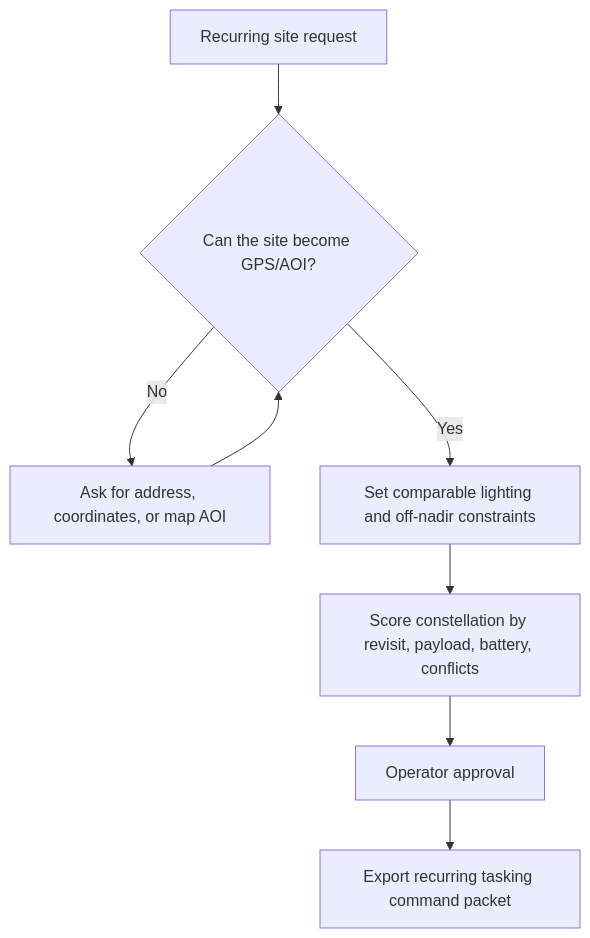
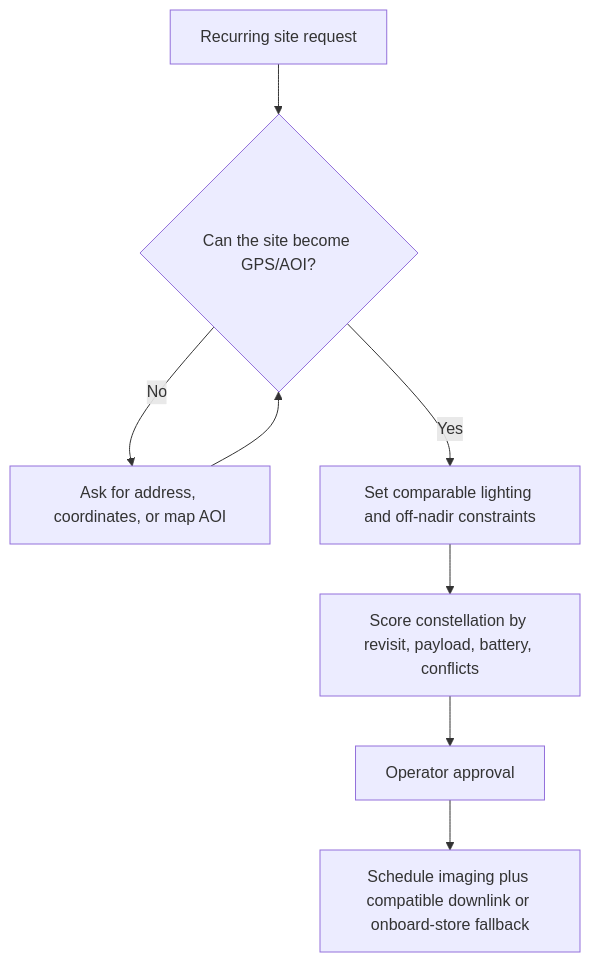
Before and after one commit to atlasforcn/innospace-demo: the second of 2 diagrams in docs/expert-review-iteration.md, drawn with Mermaid. The commit also changed other lines of this file and 18 other files, not shown here.

````diff
--- a/docs/expert-review-iteration.md
+++ b/docs/expert-review-iteration.md
@@ -48,10 +65,10 @@
 ```mermaid
 flowchart TD
   A["Recurring site request"] --> B{"Can the site become GPS/AOI?"}
   B -->|No| C["Ask for address, coordinates, or map AOI"]
   C --> B
   B -->|Yes| D["Set comparable lighting and off-nadir constraints"]
   D --> E["Score constellation by revisit, payload, battery, conflicts"]
   E --> F["Operator approval"]
-  F --> G["Export recurring tasking command packet"]
+  F --> G["Schedule imaging plus compatible downlink or onboard-store fallback"]
 ```
````
